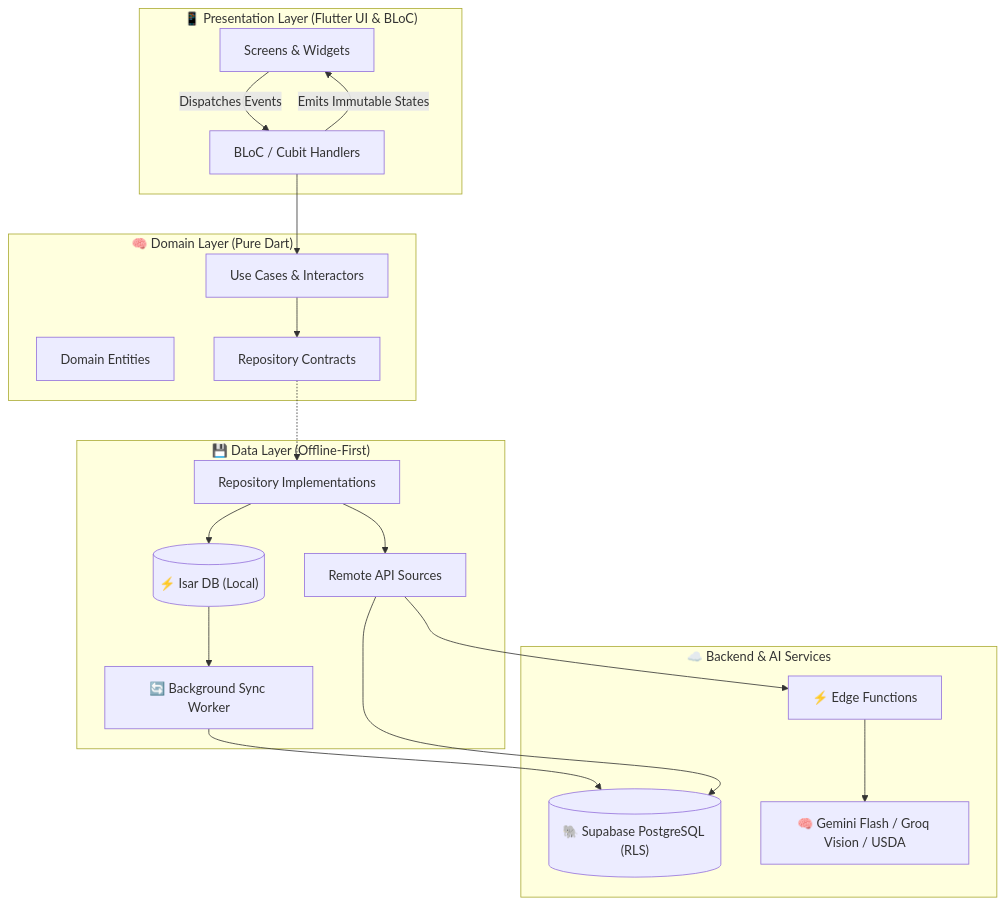
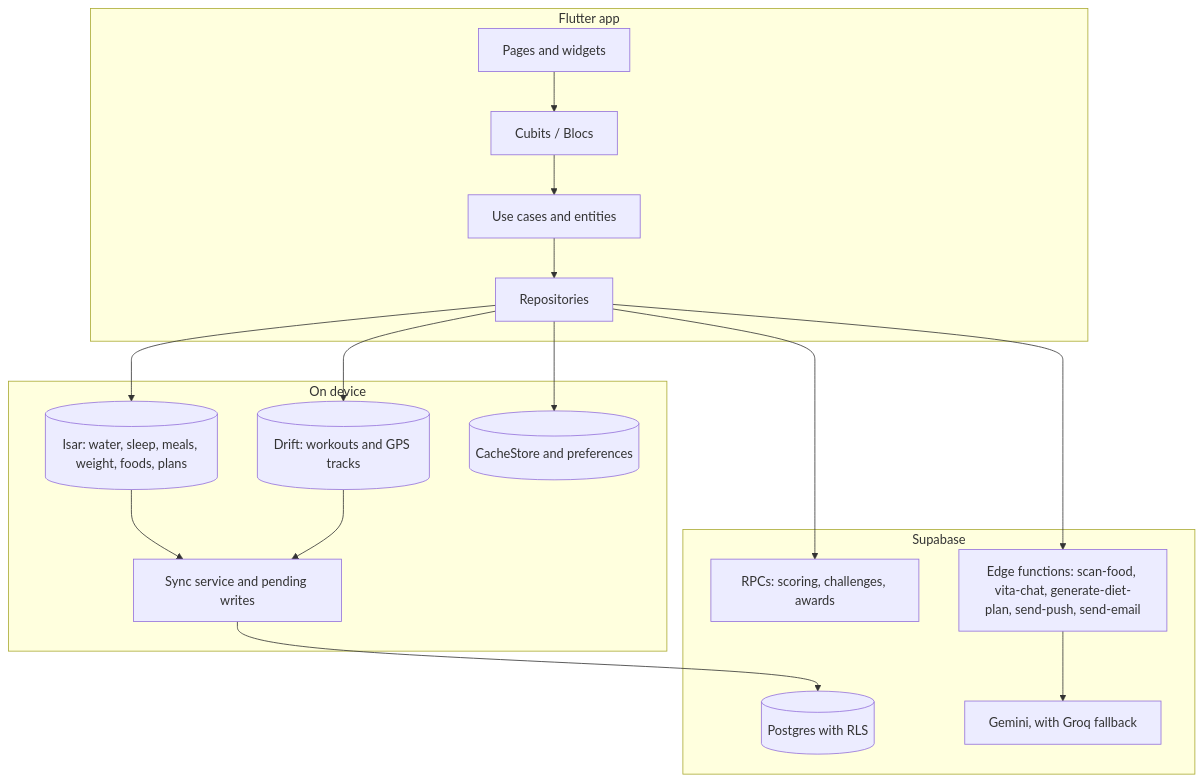
Before and after one commit to TarunTalan/vital_up: the diagram in README.md, drawn with Mermaid. The commit also changed other lines of this file and 30 other files, not shown here.

````diff
--- a/README.md
+++ b/README.md
@@ -86,37 +148,33 @@
 ```mermaid
 graph TD
-    subgraph UI["📱 Presentation Layer (Flutter UI & BLoC)"]
-        Screens["Screens & Widgets"]
-        Blocs["BLoC / Cubit Handlers"]
-        Screens -->|Dispatches Events| Blocs
-        Blocs -->|Emits Immutable States| Screens
+    subgraph App["Flutter app"]
+        UI["Pages and widgets"]
+        State["Cubits / Blocs"]
+        Domain["Use cases and entities"]
+        Repos["Repositories"]
+        UI --> State --> Domain --> Repos
     end
 
-    subgraph Core["🧠 Domain Layer (Pure Dart)"]
-        UseCases["Use Cases & Interactors"]
-        Entities["Domain Entities"]
-        RepoContracts["Repository Contracts"]
-        Blocs --> UseCases
-        UseCases --> RepoContracts
+    subgraph Device["On device"]
+        Isar[("Isar: water, sleep, meals, weight, foods, plans")]
+        Drift[("Drift: workouts and GPS tracks")]
+        Cache[("CacheStore and preferences")]
+        Queue["Sync service and pending writes"]
     end
 
-    subgraph Data["💾 Data Layer (Offline-First)"]
-        RepoImpl["Repository Implementations"]
-        IsarDB[("⚡ Isar DB (Local)")]
-        SyncQueue["🔄 Background Sync Worker"]
-        RemoteDS["Remote API Sources"]
-        RepoContracts -.-> RepoImpl
-        RepoImpl --> IsarDB
-        RepoImpl --> RemoteDS
-        IsarDB --> SyncQueue
+    subgraph Cloud["Supabase"]
+        PG[("Postgres with RLS")]
+        RPC["RPCs: scoring, challenges, awards"]
+        Edge["Edge functions: scan-food, vita-chat, generate-diet-plan, send-push, send-email"]
+        LLM["Gemini, with Groq fallback"]
     end
 
-    subgraph Cloud["☁️ Backend & AI Services"]
-        Supabase[("🐘 Supabase PostgreSQL (RLS)")]
-        EdgeFunctions["⚡ Edge Functions"]
-        VisionAI["🧠 Gemini Flash / Groq Vision / USDA"]
-        SyncQueue --> Supabase
-        RemoteDS --> Supabase
-        RemoteDS --> EdgeFunctions --> VisionAI
-    end
+    Repos --> Isar
+    Repos --> Drift
+    Repos --> Cache
+    Isar --> Queue
+    Drift --> Queue
+    Queue --> PG
+    Repos --> RPC
+    Repos --> Edge --> LLM
 ```
````
